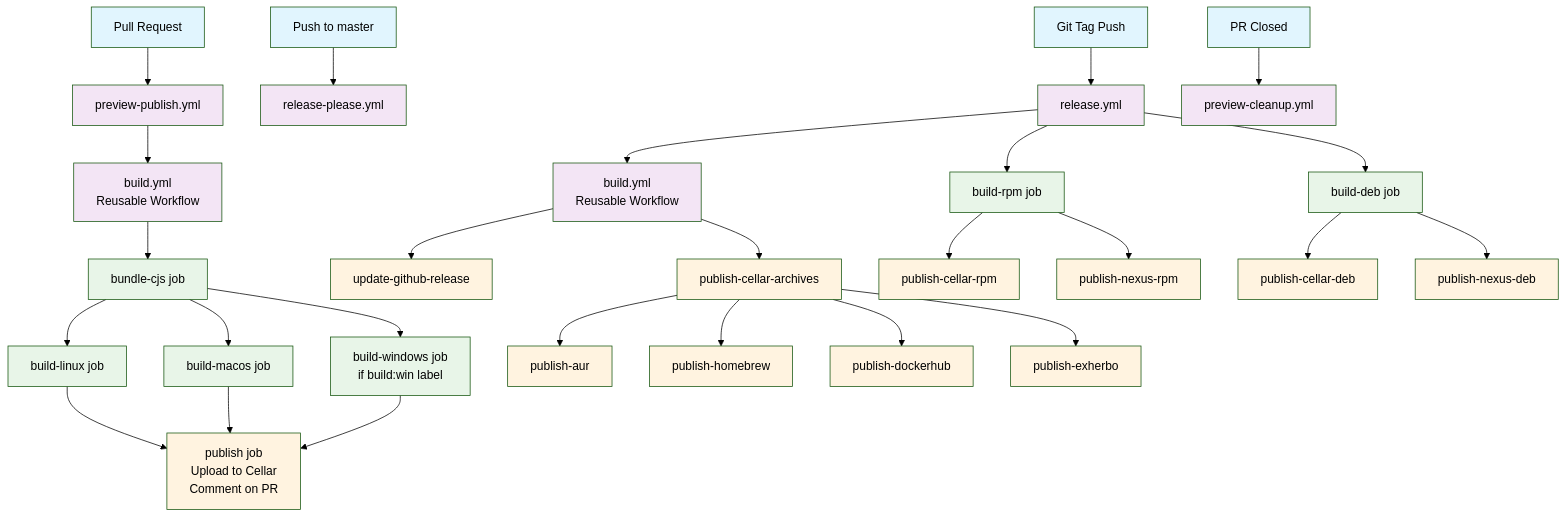
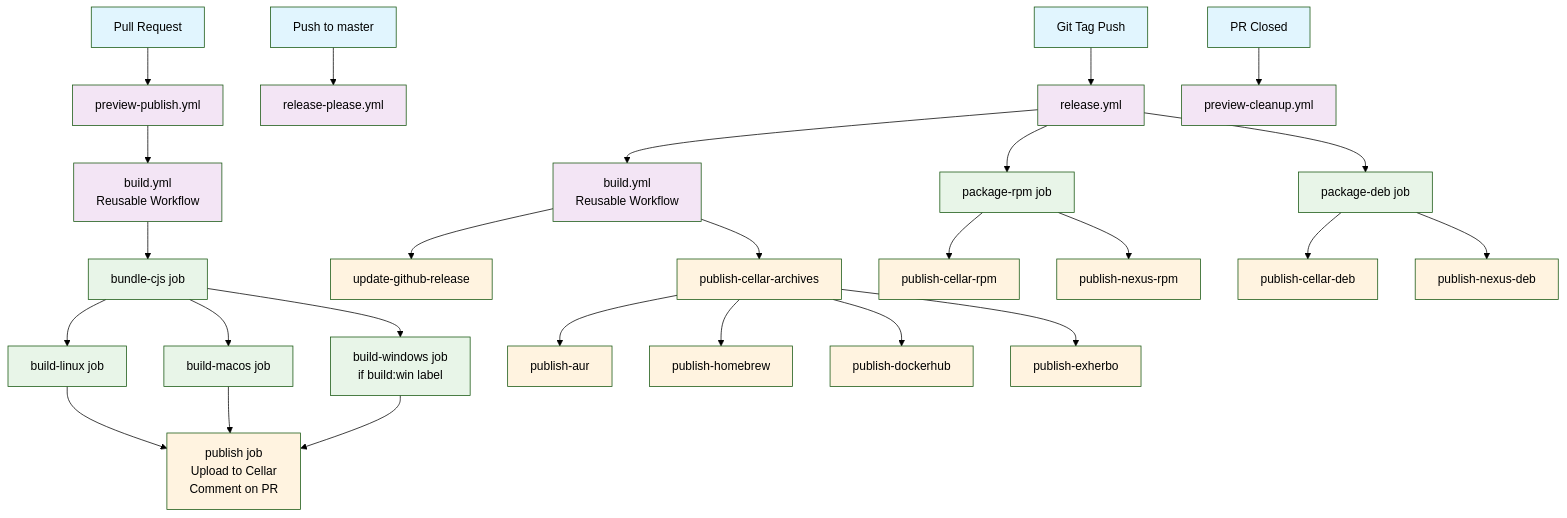
Before and after one commit to CleverCloud/test-yao-pkg: the diagram in CONTRIBUTING.md, drawn with Mermaid (forest theme). The commit also changed 1 other file, not shown here.

````diff
--- a/CONTRIBUTING.md
+++ b/CONTRIBUTING.md
@@ -9,52 +9,52 @@
 ```mermaid
 graph TD
     %% Triggers
     PR[Pull Request] --> PRP[preview-publish.yml]
     PUSH_MASTER[Push to master] --> RP[release-please.yml]
     TAG[Git Tag Push] --> REL[release.yml]
     
     %% Preview workflow
     PRP --> BUILD1[build.yml<br/>Reusable Workflow]
     BUILD1 --> BUNDLE[bundle-cjs job]
     BUNDLE --> BUILD_LINUX[build-linux job]
     BUNDLE --> BUILD_MACOS[build-macos job] 
     BUNDLE --> BUILD_WIN[build-windows job<br/>if build:win label]
     
     BUILD_LINUX --> PUB_PREVIEW[publish job<br/>Upload to Cellar<br/>Comment on PR]
     BUILD_MACOS --> PUB_PREVIEW
     BUILD_WIN --> PUB_PREVIEW
     
     %% Release workflow
     REL --> BUILD2[build.yml<br/>Reusable Workflow]
-    REL --> BUILD_RPM[build-rpm job]
-    REL --> BUILD_DEB[build-deb job]
+    REL --> PACKAGE_RPM[package-rpm job]
+    REL --> PACKAGE_DEB[package-deb job]
     
     BUILD2 --> GITHUB_REL[update-github-release]
     BUILD2 --> CELLAR_ARC[publish-cellar-archives]
-    BUILD_RPM --> CELLAR_RPM[publish-cellar-rpm]
-    BUILD_DEB --> CELLAR_DEB[publish-cellar-deb]
+    PACKAGE_RPM --> CELLAR_RPM[publish-cellar-rpm]
+    PACKAGE_DEB --> CELLAR_DEB[publish-cellar-deb]
     
     %% Package managers (depend on cellar archives)
     CELLAR_ARC --> AUR[publish-aur]
     CELLAR_ARC --> HOMEBREW[publish-homebrew]
     CELLAR_ARC --> DOCKER[publish-dockerhub]
     CELLAR_ARC --> EXHERBO[publish-exherbo]
     
     %% Nexus (depend on specific builds)
-    BUILD_RPM --> NEXUS_RPM[publish-nexus-rpm]
-    BUILD_DEB --> NEXUS_DEB[publish-nexus-deb]
+    PACKAGE_RPM --> NEXUS_RPM[publish-nexus-rpm]
+    PACKAGE_DEB --> NEXUS_DEB[publish-nexus-deb]
     
     %% Cleanup workflow
     PR_CLOSE[PR Closed] --> CLEANUP[preview-cleanup.yml]
     
     %% Styling
     classDef trigger fill:#e1f5fe
     classDef workflow fill:#f3e5f5
     classDef job fill:#e8f5e8
     classDef publish fill:#fff3e0
     
     class PR,PUSH_MASTER,TAG,PR_CLOSE trigger
     class PRP,RP,REL,CLEANUP,BUILD1,BUILD2 workflow
-    class BUNDLE,BUILD_LINUX,BUILD_MACOS,BUILD_WIN,BUILD_RPM,BUILD_DEB job
+    class BUNDLE,BUILD_LINUX,BUILD_MACOS,BUILD_WIN,PACKAGE_RPM,PACKAGE_DEB job
     class PUB_PREVIEW,GITHUB_REL,CELLAR_ARC,CELLAR_RPM,CELLAR_DEB,AUR,HOMEBREW,DOCKER,EXHERBO,NEXUS_RPM,NEXUS_DEB publish
 ```
````
